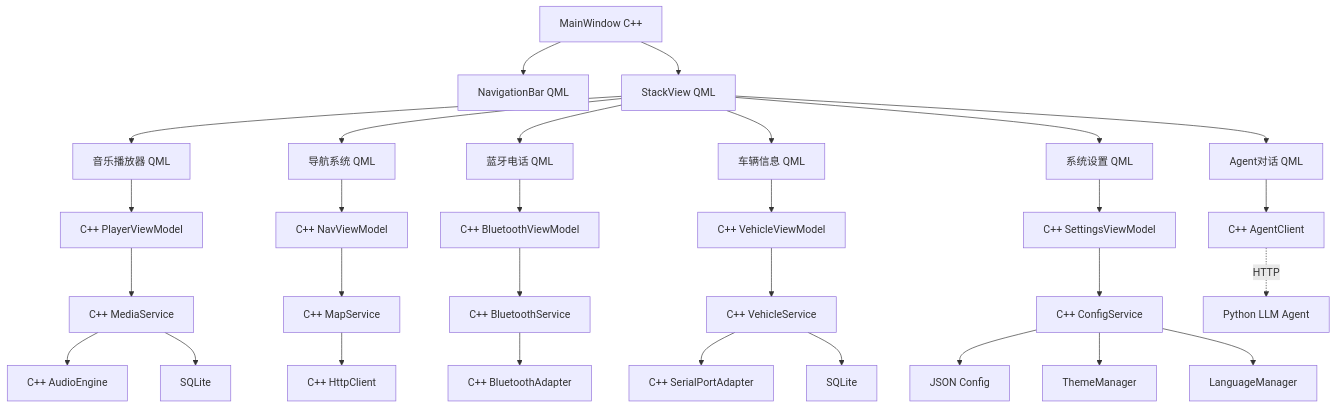
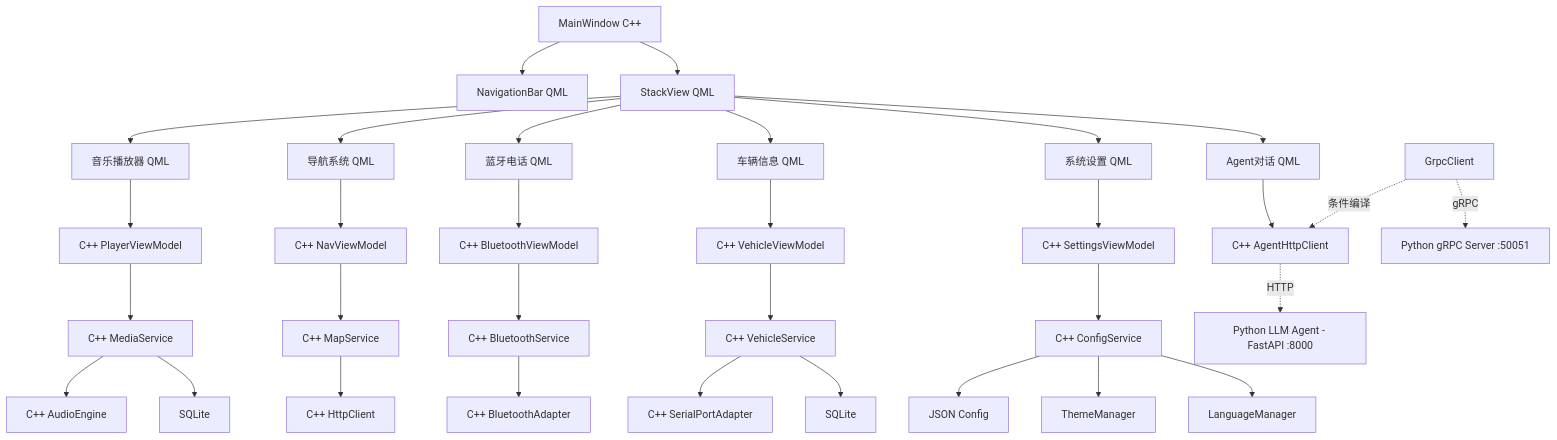
One commit to Li-quanzhao/Car_entertainment_system changed the diagram in docs/车载娱乐系统/DESIGN_车载娱乐系统.md. Above: the diagram before and after it, drawn with Mermaid. The commit also changed other lines of this file and 49 other files, not shown here.

````diff
--- a/docs/车载娱乐系统/DESIGN_车载娱乐系统.md
+++ b/docs/车载娱乐系统/DESIGN_车载娱乐系统.md
@@ -211,41 +141,39 @@
 ```mermaid
 graph TD
     Main[MainWindow C++] --> NavBar[NavigationBar QML]
     Main --> Pages[StackView QML]
 
     Pages --> PlayerPage[音乐播放器 QML]
     Pages --> NavPage[导航系统 QML]
     Pages --> BTPhonePage[蓝牙电话 QML]
     Pages --> VehiclePage[车辆信息 QML]
     Pages --> SettingsPage[系统设置 QML]
     Pages --> AgentChatPage[Agent对话 QML]
 
     PlayerPage --> PlayerVM[C++ PlayerViewModel]
     NavPage --> NavVM[C++ NavViewModel]
     BTPhonePage --> BTVM[C++ BluetoothViewModel]
     VehiclePage --> VehicleVM[C++ VehicleViewModel]
     SettingsPage --> SettingsVM[C++ SettingsViewModel]
-    AgentChatPage --> AgentClient[C++ AgentClient]
+    AgentChatPage --> AgentClient[C++ AgentHttpClient]
 
     PlayerVM --> MediaSvc[C++ MediaService]
     NavVM --> MapSvc[C++ MapService]
     BTVM --> BlueSvc[C++ BluetoothService]
     VehicleVM --> VehicleSvc[C++ VehicleService]
     SettingsVM --> ConfigSvc[C++ ConfigService]
 
-    AgentClient -. HTTP .-> PythonAgent[Python LLM Agent]
+    AgentClient -. HTTP .-> PythonAgent[Python LLM Agent - FastAPI :8000]
+    GrpcClient -. gRPC .-> PythonGrpc[Python gRPC Server :50051]
+    GrpcClient -.-> |条件编译| AgentClient
 
     MediaSvc --> AudioEngine[C++ AudioEngine]
     MediaSvc --> MediaDB[SQLite]
-
     MapSvc --> HttpClient[C++ HttpClient]
-
     BlueSvc --> BTAdapter[C++ BluetoothAdapter]
-
     VehicleSvc --> SerialAdapter[C++ SerialPortAdapter]
     VehicleSvc --> VehicleDB[SQLite]
-
     ConfigSvc --> ConfigFile[JSON Config]
     ConfigSvc --> ThemeMgr[ThemeManager]
     ConfigSvc --> LangMgr[LanguageManager]
 ```
````
